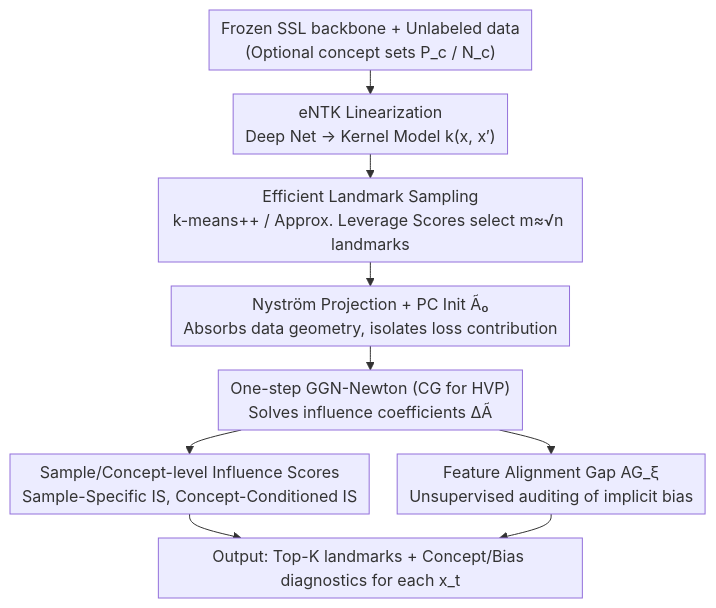
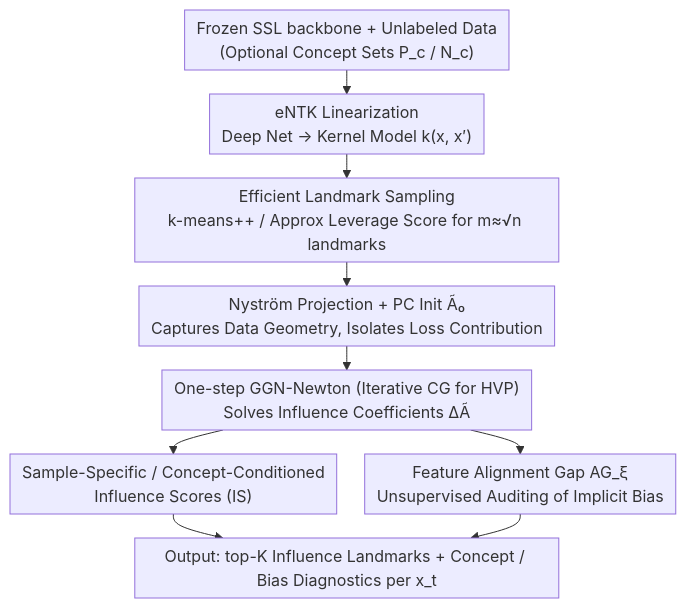
The diagram in docs/ICML2026/interpretability/interpretable_self-supervised_learning_via_representer_landmarks_and_nyström_app.md (zhaoyang97/Paper-Notes-en), drawn with Mermaid before and after one commit. The commit also changed other lines of this file and 5084 other files, not shown here.

````diff
--- a/docs/ICML2026/interpretability/interpretable_self-supervised_learning_via_representer_landmarks_and_nyström_app.md
+++ b/docs/ICML2026/interpretability/interpretable_self-supervised_learning_via_representer_landmarks_and_nyström_app.md
@@ -45,12 +45,12 @@
 ```mermaid
 %%{init: {'flowchart': {'rankSpacing': 24, 'nodeSpacing': 28, 'padding': 6, 'wrappingWidth': 400}}}%%
 flowchart TD
-    A["Frozen SSL backbone + Unlabeled data<br/>(Optional concept sets P_c / N_c)"] --> B["eNTK Linearization<br/>Deep Net → Kernel Model k(x, x′)"]
-    B --> C["Efficient Landmark Sampling<br/>k-means++ / Approx. Leverage Scores select m≈√n landmarks"]
-    C --> D["Nyström Projection + PC Init Ã₀<br/>Absorbs data geometry, isolates loss contribution"]
-    D --> E["One-step GGN-Newton (CG for HVP)<br/>Solves influence coefficients ΔÃ"]
-    E --> F["Sample/Concept-level Influence Scores<br/>Sample-Specific IS, Concept-Conditioned IS"]
-    E --> G["Feature Alignment Gap AG_ξ<br/>Unsupervised auditing of implicit bias"]
-    F --> H["Output: Top-K landmarks + Concept/Bias diagnostics for each x_t"]
+    A["Frozen SSL backbone + Unlabeled Data<br/>(Optional Concept Sets P_c / N_c)"] --> B["eNTK Linearization<br/>Deep Net → Kernel Model k(x, x′)"]
+    B --> C["Efficient Landmark Sampling<br/>k-means++ / Approx Leverage Score for m≈√n landmarks"]
+    C --> D["Nyström Projection + PC Init Ã₀<br/>Captures Data Geometry, Isolates Loss Contribution"]
+    D --> E["One-step GGN-Newton (Iterative CG for HVP)<br/>Solves Influence Coefficients ΔÃ"]
+    E --> F["Sample-Specific / Concept-Conditioned<br/>Influence Scores (IS)"]
+    E --> G["Feature Alignment Gap AG_ξ<br/>Unsupervised Auditing of Implicit Bias"]
+    F --> H["Output: top-K Influence Landmarks + Concept / Bias Diagnostics per x_t"]
     G --> H
 ```
````
